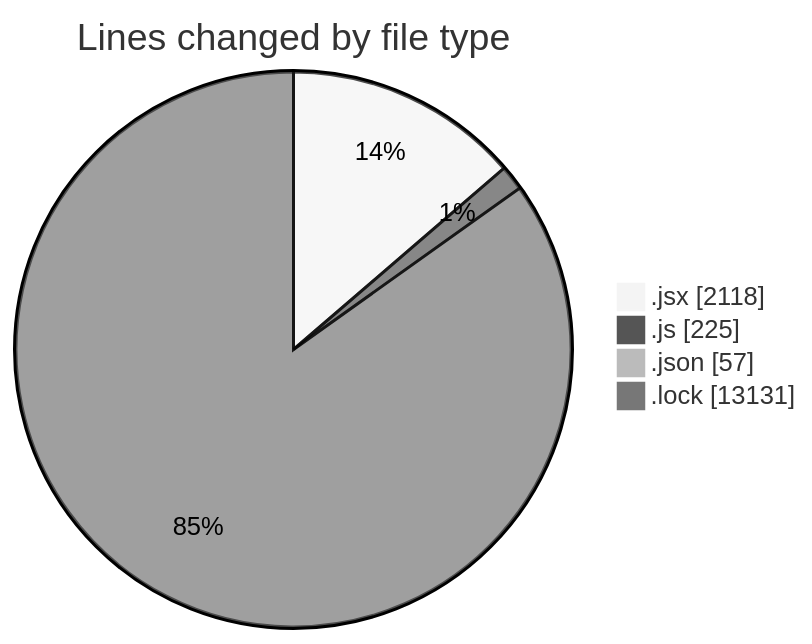
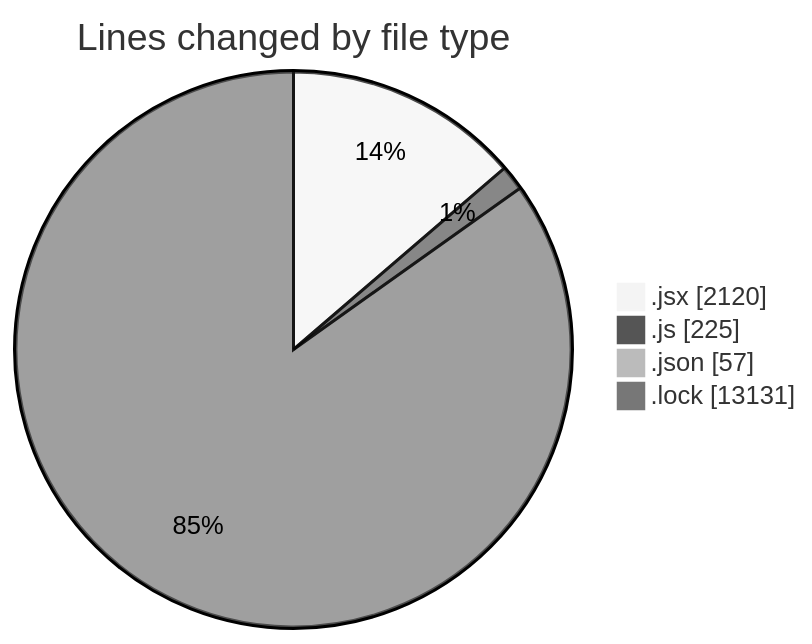
Before and after one commit to momahboobian/code-tracking: the first of 2 diagrams in 2026-02-10/cda/README.md, drawn with Mermaid (neutral theme). The commit also changed other lines of this file and 1 other file, not shown here.

````diff
--- a/2026-02-10/cda/README.md
+++ b/2026-02-10/cda/README.md
@@ -36,8 +36,8 @@
 ```mermaid
 pie showData
 title Lines changed by file type
-".jsx" : 2118
+".jsx" : 2120
 ".js" : 225
 ".json" : 57
 ".lock" : 13131
 ```
````
